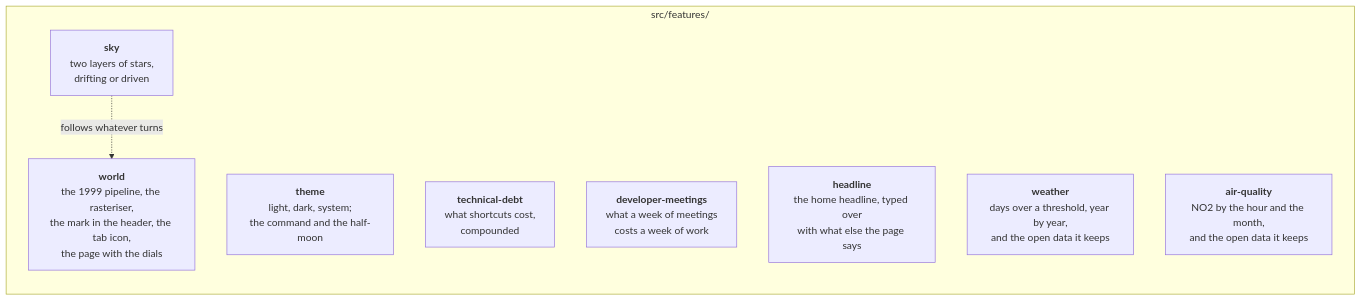
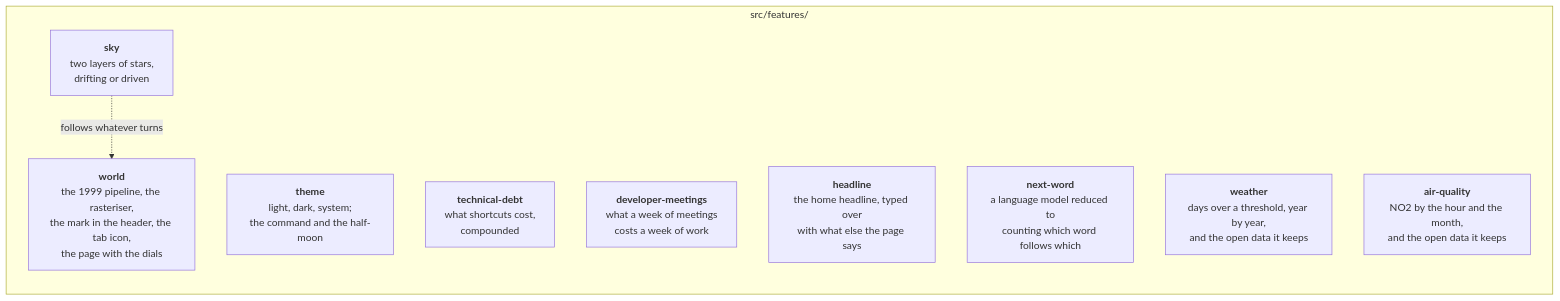
One commit to drpicox/david-rodenas.com changed the second of 6 diagrams in ARCHITECTURE.md. Above: the diagram before and after it, drawn with Mermaid. The commit also changed 27 other files, not shown here.

Commit message:
The next word: a language model reduced to counting and dice, its first moment in the HTML; programs are handed the site they stand in

````diff
--- a/ARCHITECTURE.md
+++ b/ARCHITECTURE.md
@@ -43,15 +43,16 @@
 ```mermaid
 graph LR
   subgraph fs["src/features/"]
     world["<b>world</b><br/>the 1999 pipeline, the rasteriser,<br/>the mark in the header, the tab icon,<br/>the page with the dials"]
     theme["<b>theme</b><br/>light, dark, system;<br/>the command and the half-moon"]
     sky["<b>sky</b><br/>two layers of stars,<br/>drifting or driven"]
     debt["<b>technical-debt</b><br/>what shortcuts cost,<br/>compounded"]
     meetings["<b>developer-meetings</b><br/>what a week of meetings<br/>costs a week of work"]
     headline["<b>headline</b><br/>the home headline, typed over<br/>with what else the page says"]
+    nextword["<b>next-word</b><br/>a language model reduced to<br/>counting which word follows which"]
     weather["<b>weather</b><br/>days over a threshold, year by year,<br/>and the open data it keeps"]
     air["<b>air-quality</b><br/>NO2 by the hour and the month,<br/>and the open data it keeps"]
   end
 
   sky -. "follows whatever turns" .-> world
 ```
````
